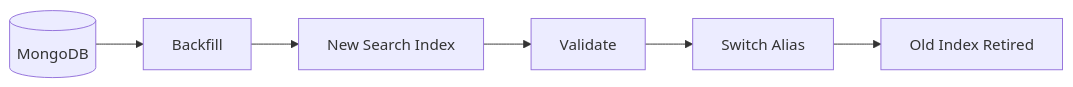
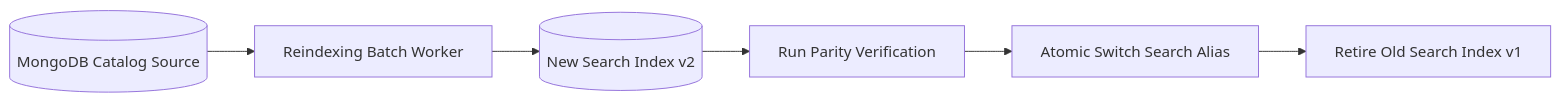
One commit to shashikunal/rest-ecommerce-api changed the fourth of 4 diagrams in docs/search/overview.md. Above: the diagram before and after it, drawn with Mermaid. The commit also changed other lines of this file and 25 other files, not shown here.

````diff
--- a/docs/search/overview.md
+++ b/docs/search/overview.md
@@ -22,4 +81,8 @@
 ```mermaid
 flowchart LR
-  Mongo[(MongoDB)]-->Backfill-->NewIndex[New Search Index]-->Validate-->Alias[Switch Alias]-->Retire[Old Index Retired]
+  Mongo[(MongoDB Catalog Source)]-->Backfill[Reindexing Batch Worker]
+  Backfill-->NewIndex[(New Search Index v2)]
+  NewIndex-->Validate[Run Parity Verification]
+  Validate-->Alias[Atomic Switch Search Alias]
+  Alias-->OldIndex[Retire Old Search Index v1]
 ```
````
